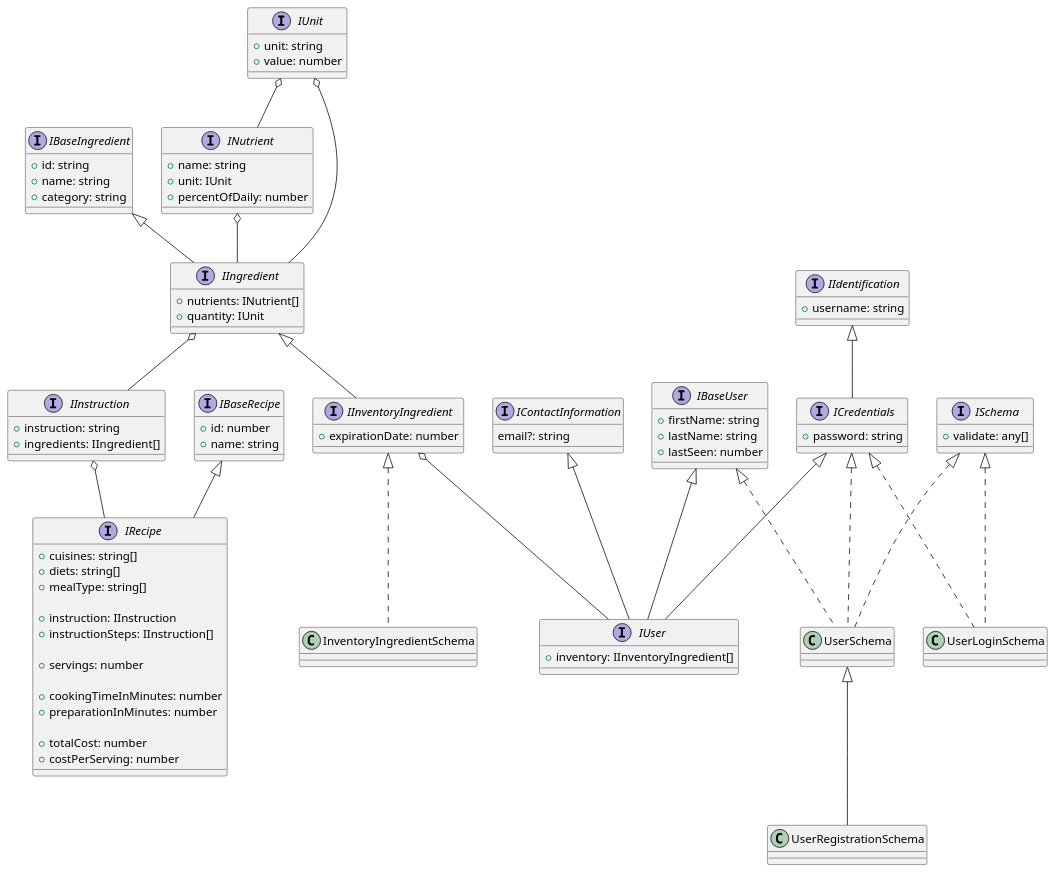
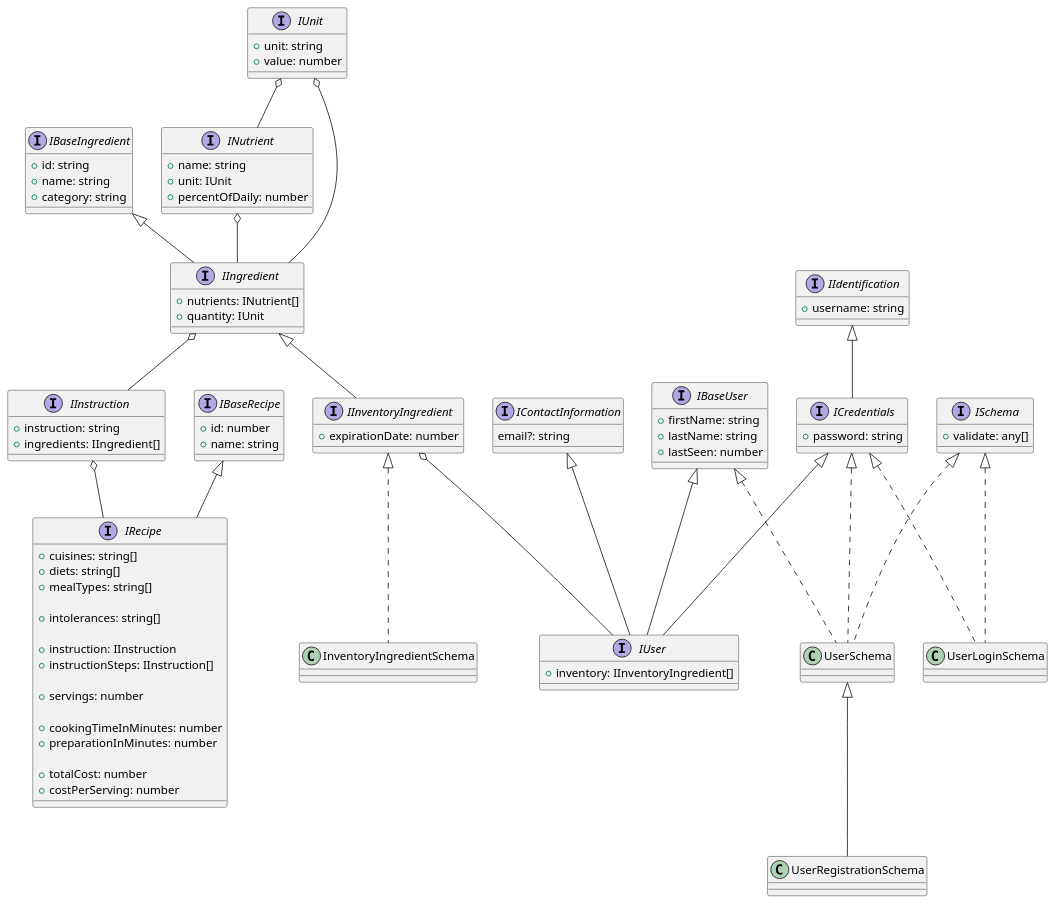
Before and after one commit to COP4331-LargeGroupProject-Fall22/backend: the diagram in DataModel.puml, drawn with PlantUML. The commit also changed 6 other files, not shown here.

```diff
--- a/DataModel.puml
+++ b/DataModel.puml
@@ -1,97 +1,99 @@
 @startuml
 
 interface IBaseRecipe {
     + id: number
     + name: string
 }
 
 interface IRecipe extends IBaseRecipe {
     + cuisines: string[]
     + diets: string[] 
-    + mealType: string[]
+    + mealTypes: string[]
+
+    + intolerances: string[]
 
     + instruction: IInstruction
     + instructionSteps: IInstruction[]
     
     + servings: number
     
     + cookingTimeInMinutes: number
     + preparationInMinutes: number
     
     + totalCost: number
     + costPerServing: number
 }
 
 IInstruction o-- IRecipe
 
 interface IInstruction {
     + instruction: string
     + ingredients: IIngredient[]
 }
 
 IIngredient o-- IInstruction
 
 interface IBaseUser {
     + firstName: string
     + lastName: string
     + lastSeen: number
 }
 
 interface IIdentification {
     + username: string
 }
 
 interface IContactInformation {
     email?: string
 }
 
 interface ICredentials extends IIdentification {
     + password: string
 }
 
 interface IBaseIngredient {
     + id: string
     + name: string
     + category: string
 }
 
 interface IIngredient extends IBaseIngredient {
     + nutrients: INutrient[]
     + quantity: IUnit
 }
 
 IUnit o-- IIngredient
 
 interface IInventoryIngredient extends IIngredient {
     + expirationDate: number
 }
 
 interface INutrient {
     + name: string
     + unit: IUnit
     + percentOfDaily: number
 }
 
 interface IUnit {
     + unit: string
     + value: number
 }
 
 interface IUser extends IBaseUser, ICredentials, IContactInformation {
     + inventory: IInventoryIngredient[]
 }
 
 interface ISchema {
     + validate: any[]
 }
 
 class UserLoginSchema implements ICredentials, ISchema {}
 class UserRegistrationSchema extends UserSchema {}
 class UserSchema implements ICredentials, IBaseUser, ISchema {}
 class InventoryIngredientSchema implements IInventoryIngredient {}
 
 IInventoryIngredient o-- IUser
 INutrient o-- IIngredient
 IUnit o-- INutrient
 
 @enduml
```
